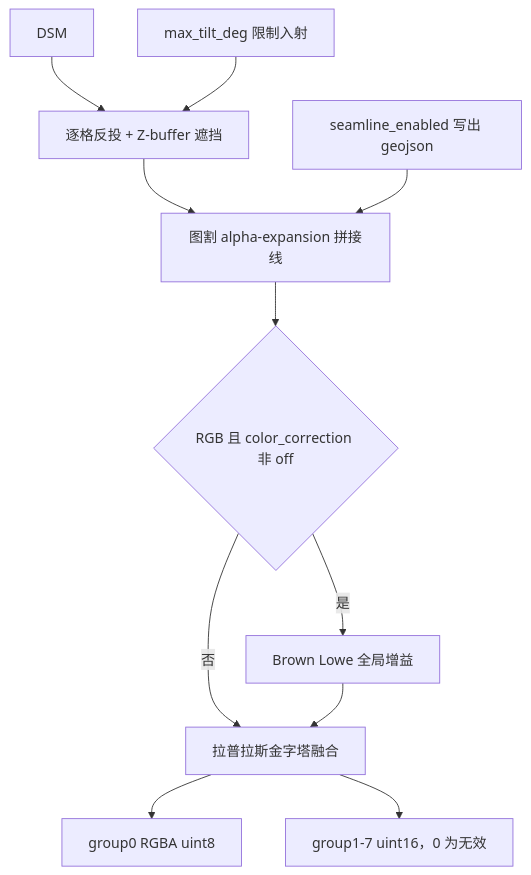
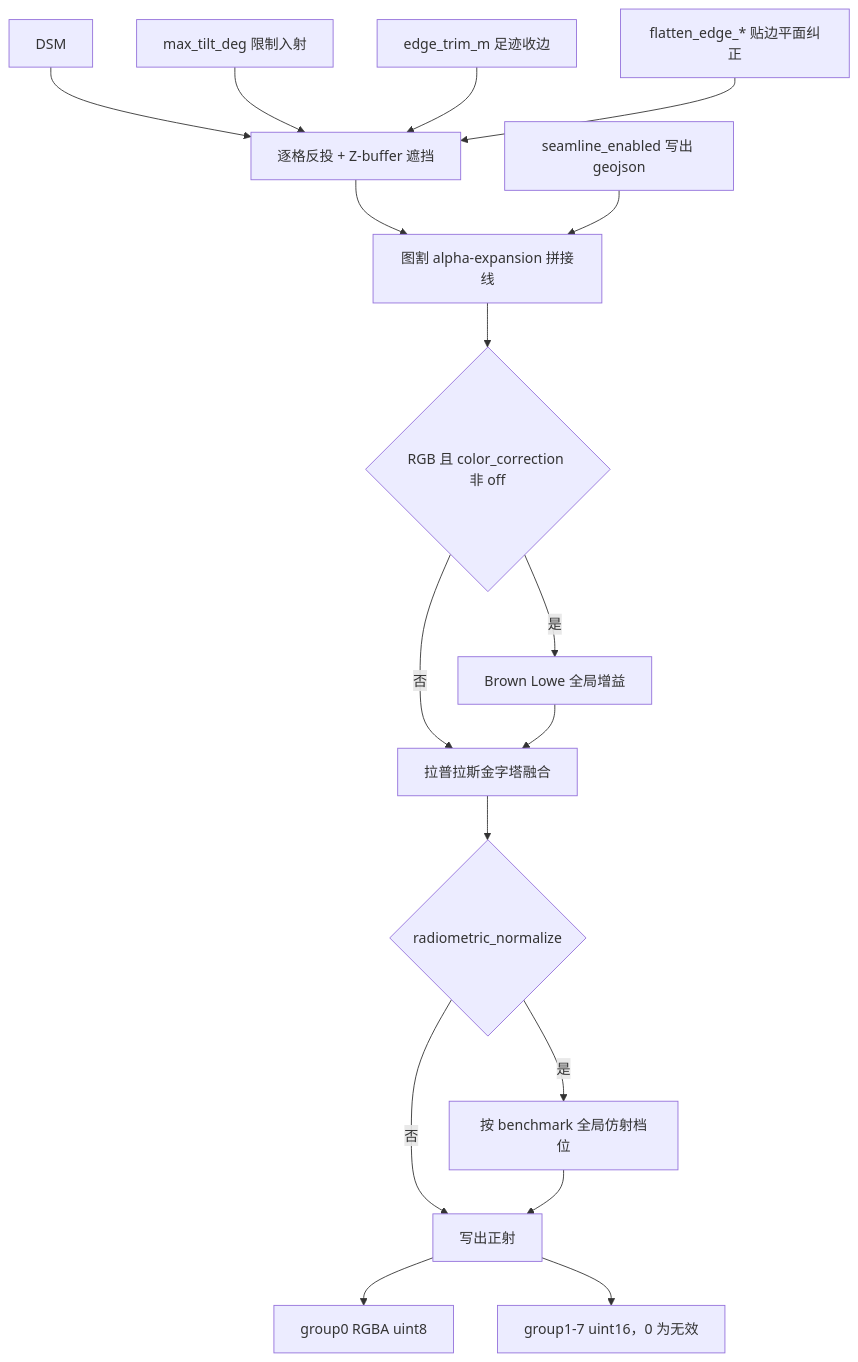
Before and after one commit to spjiang/spectrum: the seventh of 8 diagrams in algorithm/projects/数据融合/prod/server/worker/docs/参数说明.md, drawn with Mermaid. The commit also changed other lines of this file and 27 other files, not shown here.

````diff
--- a/algorithm/projects/数据融合/prod/server/worker/docs/参数说明.md
+++ b/algorithm/projects/数据融合/prod/server/worker/docs/参数说明.md
@@ -329,13 +345,19 @@
 ```mermaid
 flowchart TB
   dsm["DSM"] --> proj["逐格反投 + Z-buffer 遮挡"]
   tilt["max_tilt_deg 限制入射"] --> proj
+  trim["edge_trim_m 足迹收边"] --> proj
+  flat["flatten_edge_* 贴边平面纠正"] --> proj
   proj --> seam["图割 alpha-expansion 拼接线"]
   se["seamline_enabled 写出 geojson"] --> seam
   seam --> gain{"RGB 且 color_correction 非 off"}
   gain -->|是| bl["Brown Lowe 全局增益"]
   gain -->|否| pyr["拉普拉斯金字塔融合"]
   bl --> pyr
-  pyr --> rgb["group0 RGBA uint8"]
-  pyr --> ms["group1-7 uint16，0 为无效"]
+  pyr --> radio{"radiometric_normalize"}
+  radio -->|是| aff["按 benchmark 全局仿射档位"]
+  radio -->|否| out["写出正射"]
+  aff --> out
+  out --> rgb["group0 RGBA uint8"]
+  out --> ms["group1-7 uint16，0 为无效"]
 ```
````
